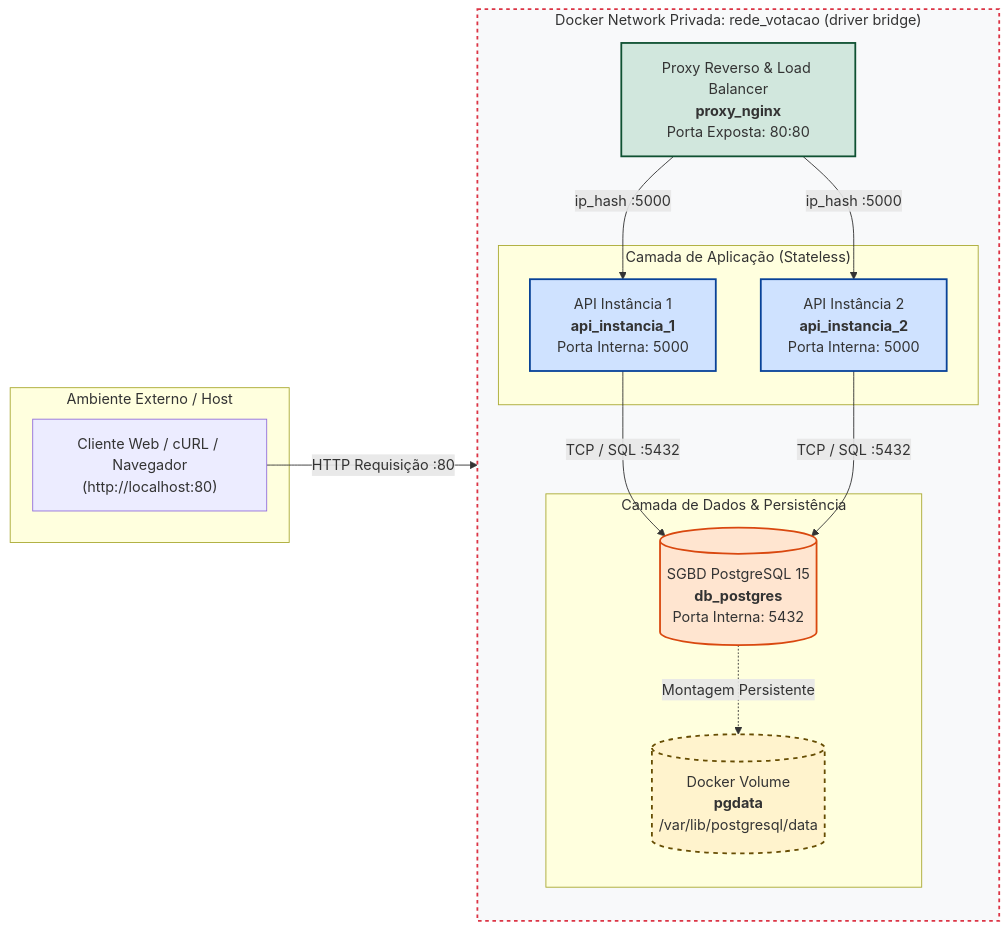
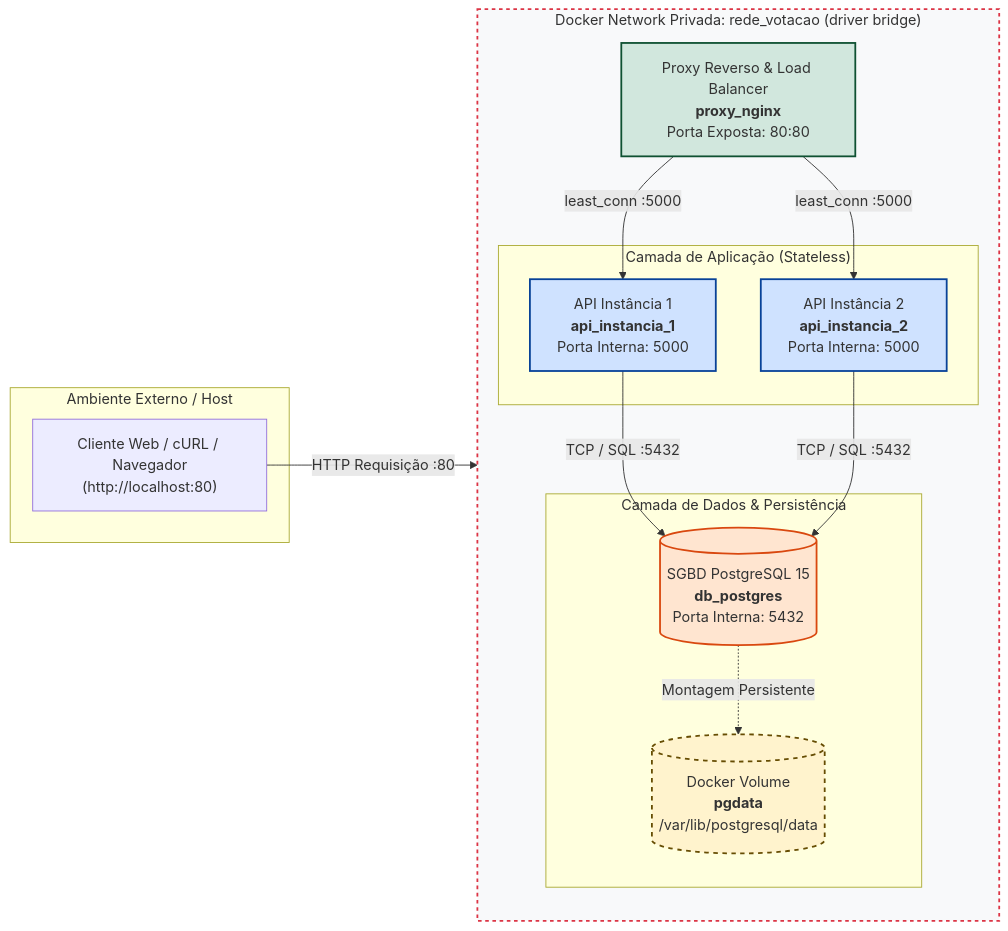
The diagram in docs/RELATORIO.md (WilliamDLeao/Simulador-de-Votos), drawn with Mermaid before and after one commit. The commit also changed other lines of this file and 1 other file, not shown here.

````diff
--- a/docs/RELATORIO.md
+++ b/docs/RELATORIO.md
@@ -31,35 +33,35 @@
 ```mermaid
 flowchart LR
     subgraph Host["Ambiente Externo / Host"]
         User["Cliente Web / cURL / Navegador<br/>(http://localhost:80)"]
     end
 
     subgraph DockerNet["Docker Network Privada: rede_votacao (driver bridge)"]
         direction TB
         Nginx["Proxy Reverso & Load Balancer<br/><b>proxy_nginx</b><br/>Porta Exposta: 80:80"]
 
         subgraph BackendTier["Camada de Aplicação (Stateless)"]
             API1["API Instância 1<br/><b>api_instancia_1</b><br/>Porta Interna: 5000"]
             API2["API Instância 2<br/><b>api_instancia_2</b><br/>Porta Interna: 5000"]
         end
 
         subgraph DataTier["Camada de Dados & Persistência"]
             DB[("SGBD PostgreSQL 15<br/><b>db_postgres</b><br/>Porta Interna: 5432")]
             Volume[("Docker Volume<br/><b>pgdata</b><br/>/var/lib/postgresql/data")]
         end
     end
 
     User -->|"HTTP Requisição :80"| Nginx
-    Nginx -->|"ip_hash :5000"| API1
-    Nginx -->|"ip_hash :5000"| API2
+    Nginx -->|"least_conn :5000"| API1
+    Nginx -->|"least_conn :5000"| API2
     API1 -->|"TCP / SQL :5432"| DB
     API2 -->|"TCP / SQL :5432"| DB
     DB -.->|"Montagem Persistente"| Volume
 
     style Nginx fill:#d1e7dd,stroke:#0f5132,stroke-width:2px
     style API1 fill:#cfe2ff,stroke:#084298,stroke-width:2px
     style API2 fill:#cfe2ff,stroke:#084298,stroke-width:2px
     style DB fill:#ffe5d0,stroke:#d9480f,stroke-width:2px
     style Volume fill:#fff3cd,stroke:#664d03,stroke-width:2px,stroke-dasharray: 5 5
     style DockerNet fill:#f8f9fa,stroke:#dc3545,stroke-width:2px,stroke-dasharray: 4 4
 ```
````
